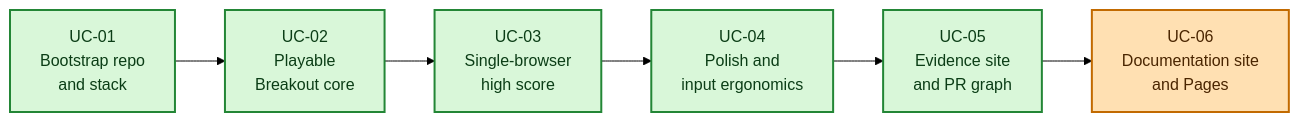
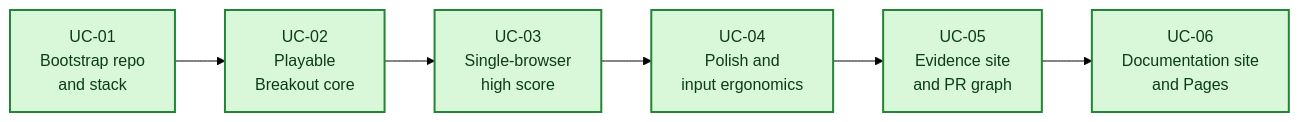
One commit to la3lma/agentic-breakout-example changed the diagram in docs/05-execution-plan.md. Above: the diagram before and after it, drawn with Mermaid (forest theme). The commit also changed other lines of this file and 6 other files, not shown here.

````diff
--- a/docs/05-execution-plan.md
+++ b/docs/05-execution-plan.md
@@ -7,32 +7,31 @@
 ```mermaid
 flowchart LR
   UC01["UC-01\nBootstrap repo\nand stack"]
   UC02["UC-02\nPlayable\nBreakout core"]
   UC03["UC-03\nSingle-browser\nhigh score"]
   UC04["UC-04\nPolish and\ninput ergonomics"]
   UC05["UC-05\nEvidence site\nand PR graph"]
   UC06["UC-06\nDocumentation site\nand Pages"]
 
   UC01 --> UC02
   UC02 --> UC03
   UC03 --> UC04
   UC04 --> UC05
   UC05 --> UC06
 
   classDef done fill:#d9f7d9,stroke:#238636,color:#0b3d16,stroke-width:2px
   classDef ready fill:#fff3bf,stroke:#b08900,color:#4b3b00,stroke-width:2px
   classDef running fill:#ffe0b2,stroke:#c26a00,color:#4a2500,stroke-width:2px
   classDef review fill:#dbeafe,stroke:#2563eb,color:#0f2f70,stroke-width:2px
   classDef blocked fill:#ffd6d6,stroke:#b42318,color:#5c1111,stroke-width:2px
   classDef deferred fill:#eadcff,stroke:#7e3fb2,color:#3a1a5f,stroke-width:2px
 
-  class UC01,UC02,UC03,UC04,UC05 done
-  class UC06 running
+  class UC01,UC02,UC03,UC04,UC05,UC06 done
 
   click UC01 "https://github.com/la3lma/agentic-breakout-example/pull/6" "PR #6"
   click UC02 "https://github.com/la3lma/agentic-breakout-example/pull/7" "PR #7"
   click UC03 "https://github.com/la3lma/agentic-breakout-example/pull/8" "PR #8"
   click UC04 "https://github.com/la3lma/agentic-breakout-example/pull/9" "PR #9"
   click UC05 "https://github.com/la3lma/agentic-breakout-example/pull/10" "PR #10"
-  click UC06 "https://github.com/la3lma/agentic-breakout-example/issues/11" "Issue #11"
+  click UC06 "https://github.com/la3lma/agentic-breakout-example/pull/12" "PR #12"
 ```
````
